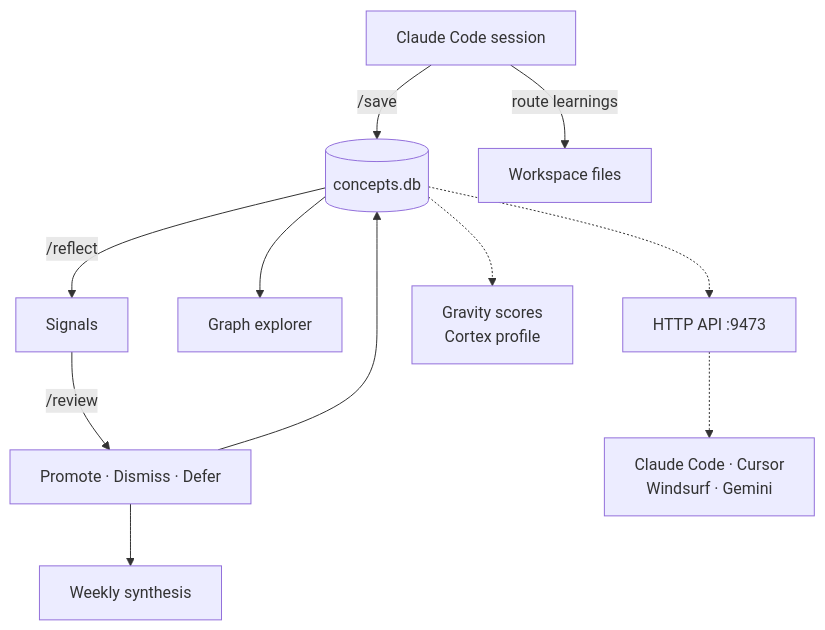
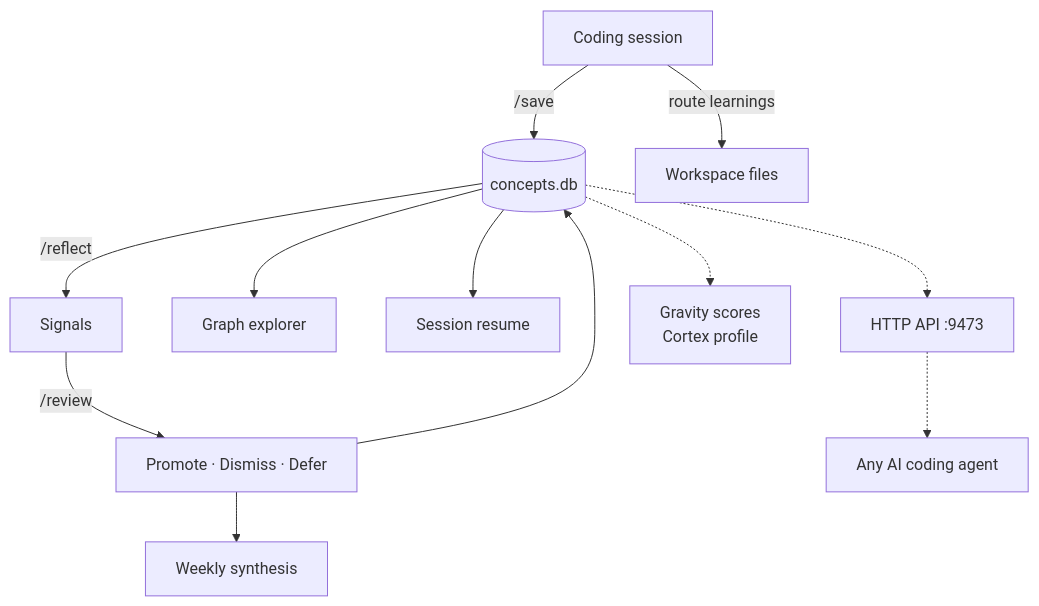
The second of 2 diagrams in README.md (vednikolic/cortex), drawn with Mermaid before and after one commit. The commit also changed other lines of this file and 10 other files, not shown here.

Commit message:
feat: add session resume with brief subcommand and hook architecture

````diff
--- a/README.md
+++ b/README.md
@@ -350,16 +363,17 @@
 ```mermaid
 flowchart TB
-    session["Claude Code session"]
+    session["Coding session"]
     session -->|"/save"| db[("concepts.db")]
     session -->|"route learnings"| files["Workspace files"]
     db -->|"/reflect"| signals["Signals"]
 
     signals -->|"/review"| triage["Promote · Dismiss · Defer"]
     triage --> db
     triage --> synthesis["Weekly synthesis"]
 
     db --> explorer["Graph explorer"]
+    db --> brief["Session resume"]
     db -.-> api["HTTP API :9473"]
-    api -.-> agents["Claude Code · Cursor<br>Windsurf · Gemini"]
+    api -.-> agents["Any AI coding agent"]
     db -.-> profile["Gravity scores<br>Cortex profile"]
 ```
````
